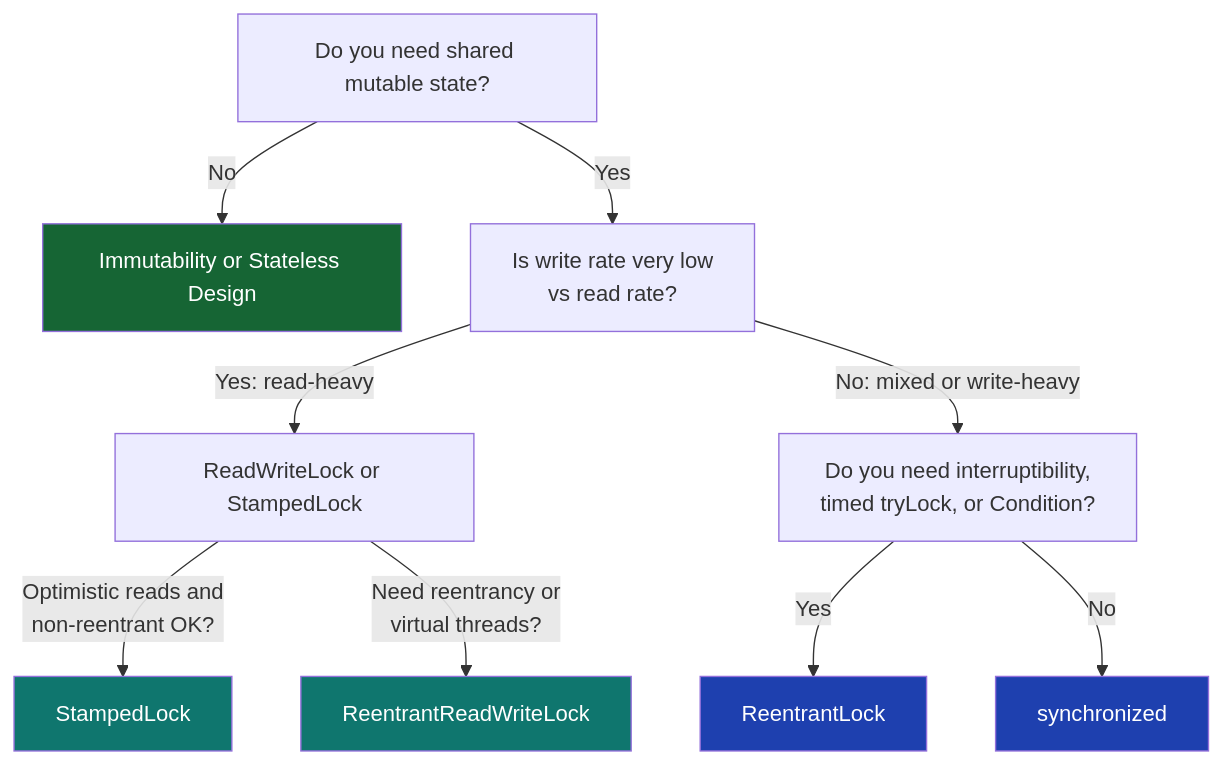
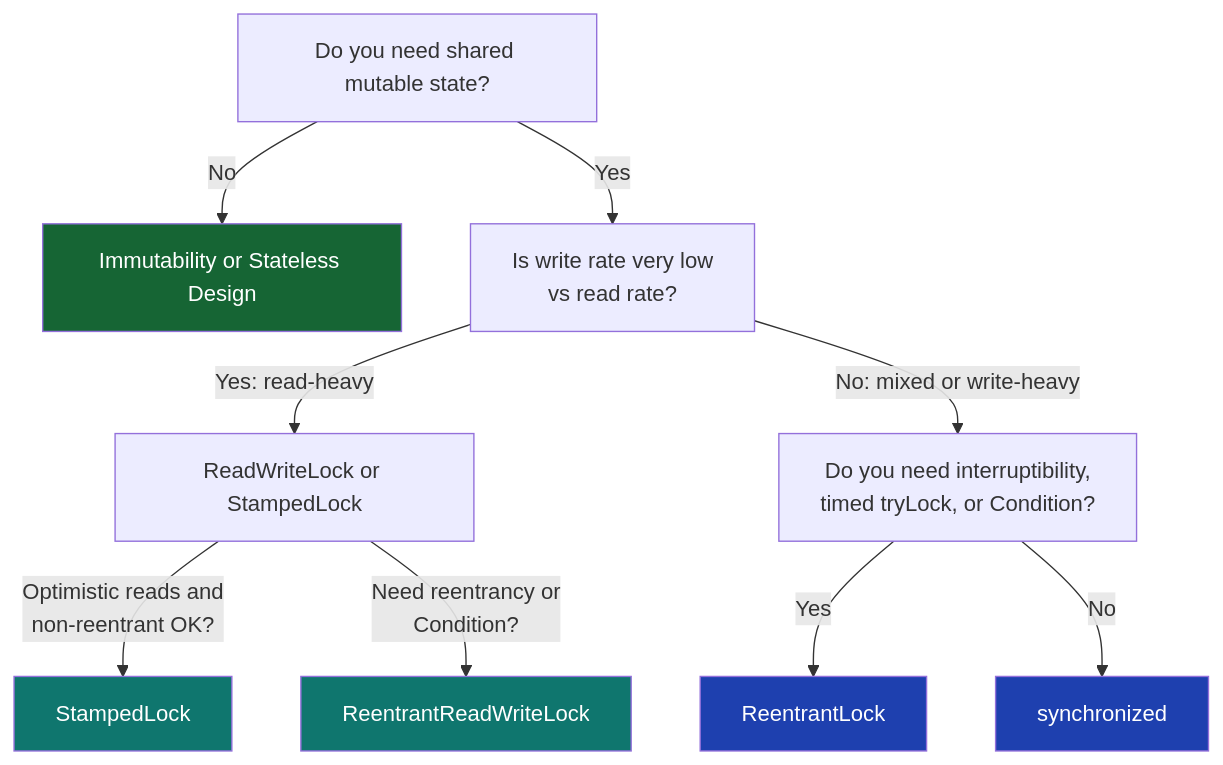
Before and after one commit to mostafasroor1983/fintech-engineering-mastery: the fourth of 4 diagrams in docs/content/tracks/track-03-concurrency/lesson-03-synchronization-primitives/index.md, drawn with Mermaid. The commit also changed other lines of this file and 345 other files, not shown here.

````diff
--- a/docs/content/tracks/track-03-concurrency/lesson-03-synchronization-primitives/index.md
+++ b/docs/content/tracks/track-03-concurrency/lesson-03-synchronization-primitives/index.md
@@ -690,17 +695,17 @@
 ```mermaid
 flowchart TD
     A[Do you need shared mutable state?] -->|No| B[Immutability or Stateless Design]
     A -->|Yes| C[Is write rate very low<br/>vs read rate?]
     C -->|Yes: read-heavy| D[ReadWriteLock or StampedLock]
     C -->|No: mixed or write-heavy| E[Do you need interruptibility,<br/>timed tryLock, or Condition?]
     E -->|Yes| F[ReentrantLock]
     E -->|No| G[synchronized]
     D -->|Optimistic reads and<br/>non-reentrant OK?| H[StampedLock]
-    D -->|Need reentrancy or<br/>virtual threads?| I[ReentrantReadWriteLock]
+    D -->|Need reentrancy or<br/>Condition?| I[ReentrantReadWriteLock]
     
     style B fill:#166534,color:#ffffff
     style F fill:#1e40af,color:#ffffff
     style G fill:#1e40af,color:#ffffff
     style H fill:#0f766e,color:#ffffff
     style I fill:#0f766e,color:#ffffff
 ```
````
